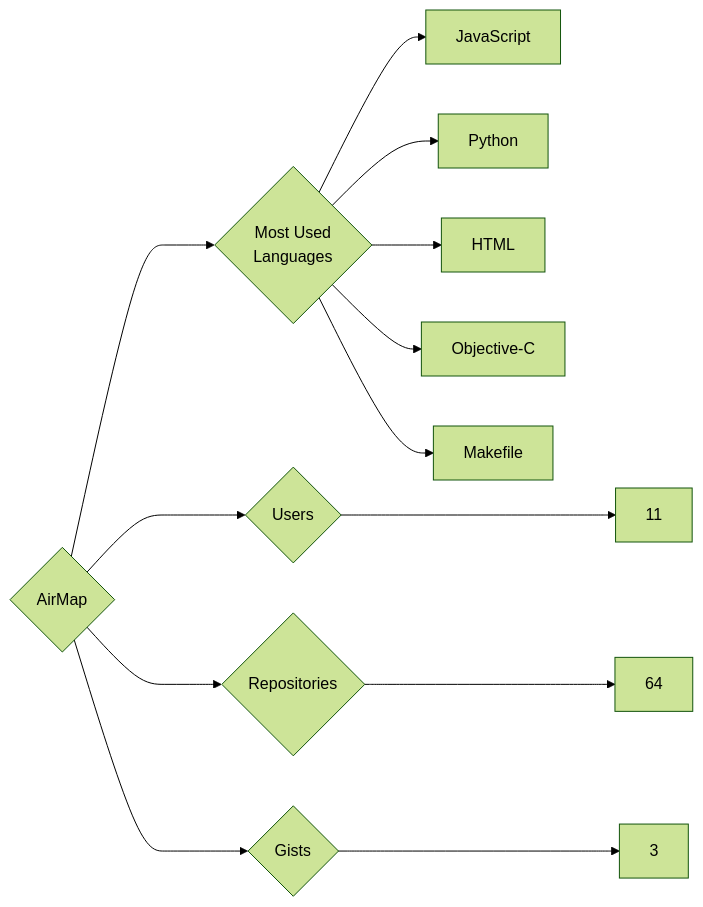
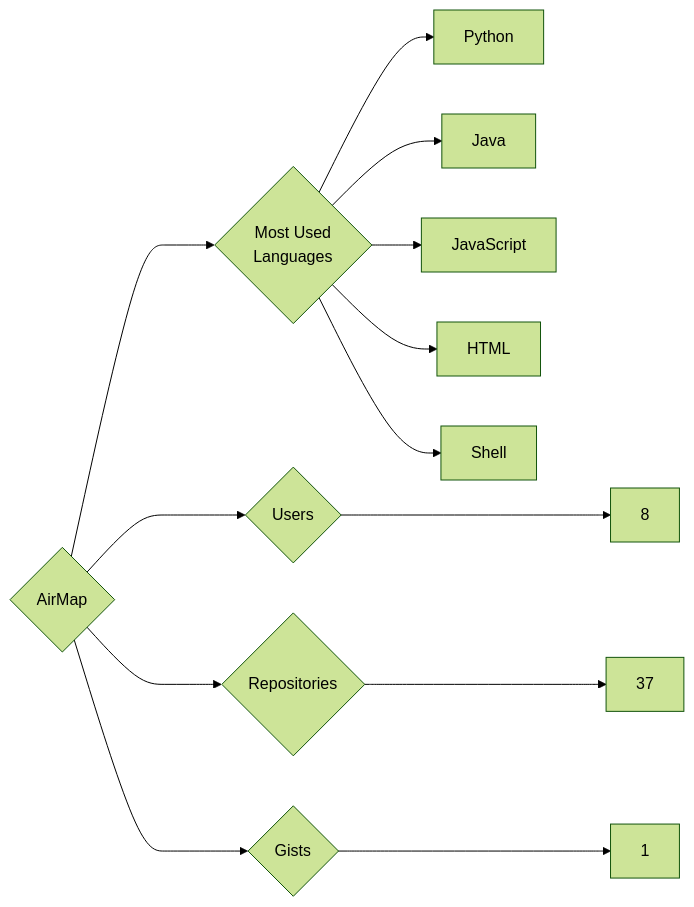
One commit to trickest/insiders changed the diagram in targets/AirMap/README.md. Above: the diagram before and after it, drawn with Mermaid (forest theme). The commit also changed 1170 other files, not shown here.

````diff
--- a/targets/AirMap/README.md
+++ b/targets/AirMap/README.md
@@ -3,13 +3,13 @@
 ```mermaid
 graph LR
 COMPANY_NAME{AirMap}
-COMPANY_NAME ---> U{Users} ---> UN[11]
-COMPANY_NAME ---> R{Repositories} ---> RN[64]
-COMPANY_NAME ---> G{Gists} ---> GN[3]
+COMPANY_NAME ---> U{Users} ---> UN[8]
+COMPANY_NAME ---> R{Repositories} ---> RN[37]
+COMPANY_NAME ---> G{Gists} ---> GN[1]
 COMPANY_NAME ---> ML{Most Used<br>Languages}
+ML --> Python[Python]
+ML --> Java[Java]
 ML --> JavaScript[JavaScript]
-ML --> Python[Python]
 ML --> HTML[HTML]
-ML --> Objective-C[Objective-C]
-ML --> Makefile[Makefile]
+ML --> Shell[Shell]
 ```
````
